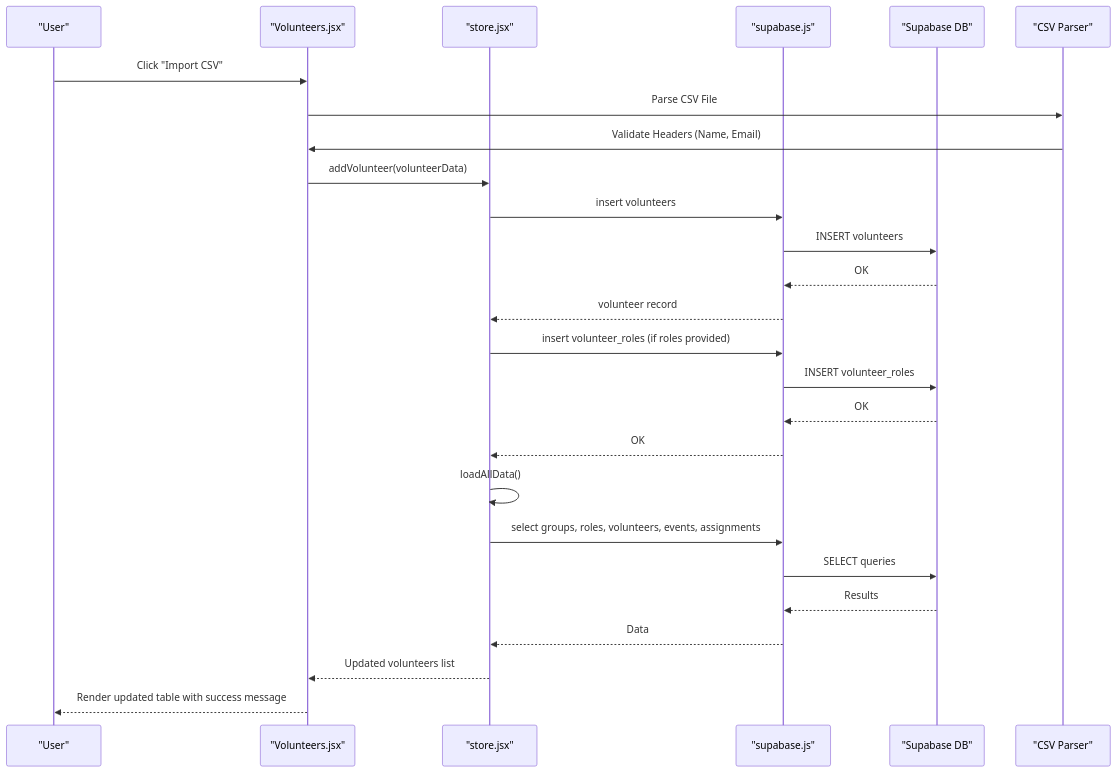
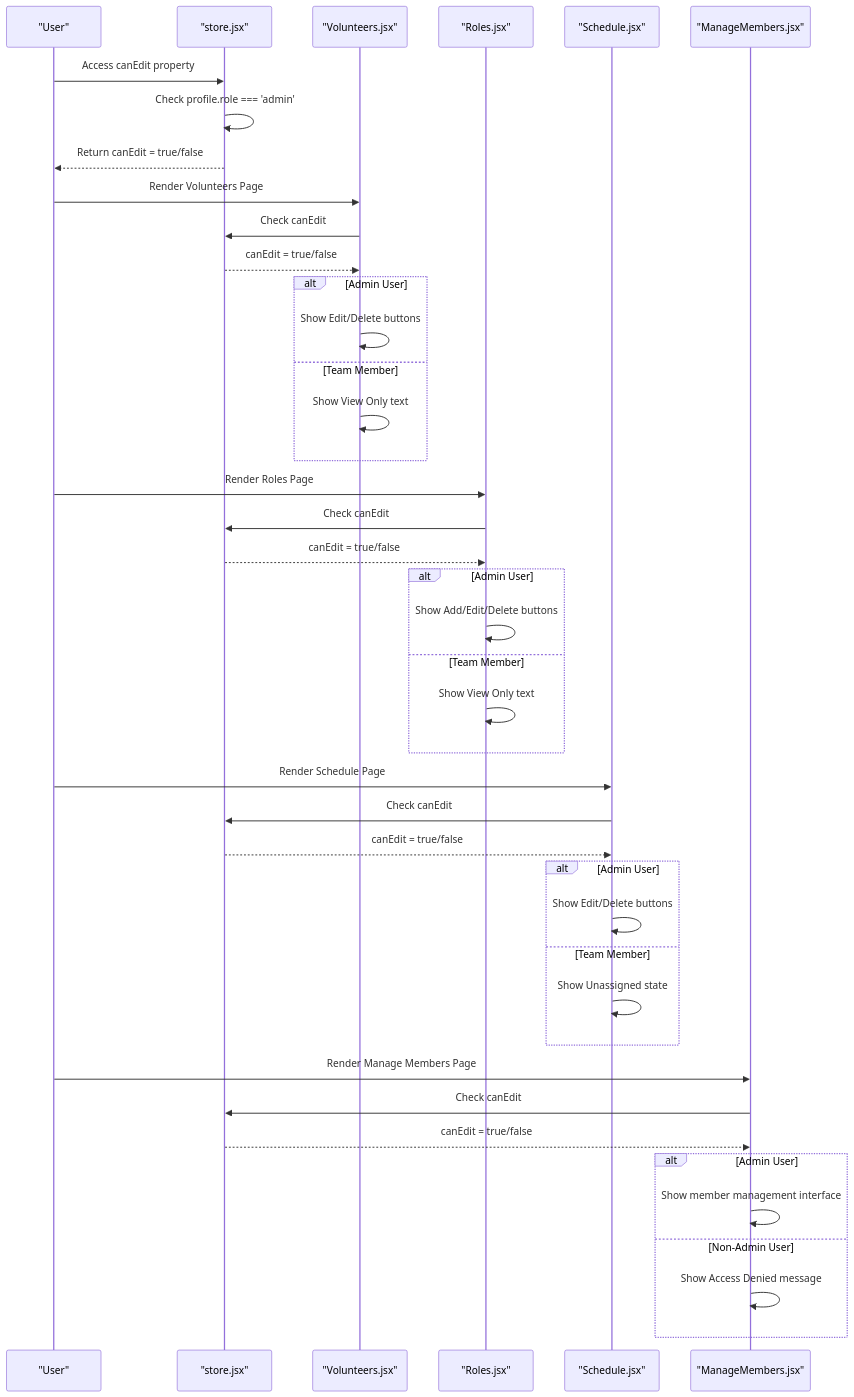
Before and after one commit to netdaniel/serveflow: the second of 7 diagrams in .qoder/repowiki/en/content/Volunteer Management System/Volunteer Management System.md, drawn with Mermaid. The commit also changed other lines of this file and 15 other files, not shown here.

````diff
--- a/.qoder/repowiki/en/content/Volunteer Management System/Volunteer Management System.md
+++ b/.qoder/repowiki/en/content/Volunteer Management System/Volunteer Management System.md
@@ -157,28 +165,44 @@
 ```mermaid
 sequenceDiagram
 participant User as "User"
+participant Store as "store.jsx"
 participant VolunteersPage as "Volunteers.jsx"
-participant Store as "store.jsx"
-participant Supabase as "supabase.js"
-participant DB as "Supabase DB"
-participant CSVParser as "CSV Parser"
-User->>VolunteersPage : Click "Import CSV"
-VolunteersPage->>CSVParser : Parse CSV File
-CSVParser->>VolunteersPage : Validate Headers (Name, Email)
-VolunteersPage->>Store : addVolunteer(volunteerData)
-Store->>Supabase : insert volunteers
-Supabase->>DB : INSERT volunteers
-DB-->>Supabase : OK
-Supabase-->>Store : volunteer record
-Store->>Supabase : insert volunteer_roles (if roles provided)
-Supabase->>DB : INSERT volunteer_roles
-DB-->>Supabase : OK
-Supabase-->>Store : OK
-Store->>Store : loadAllData()
-Store->>Supabase : select groups, roles, volunteers, events, assignments
-Supabase->>DB : SELECT queries
-DB-->>Supabase : Results
-Supabase-->>Store : Data
-Store-->>VolunteersPage : Updated volunteers list
-VolunteersPage-->>User : Render updated table with success message
+participant RolesPage as "Roles.jsx"
+participant SchedulePage as "Schedule.jsx"
+participant ManageMembersPage as "ManageMembers.jsx"
+User->>Store : Access canEdit property
+Store->>Store : Check profile.role === 'admin'
+Store-->>User : Return canEdit = true/false
+User->>VolunteersPage : Render Volunteers Page
+VolunteersPage->>Store : Check canEdit
+Store-->>VolunteersPage : canEdit = true/false
+alt Admin User
+VolunteersPage->>VolunteersPage : Show Edit/Delete buttons
+else Team Member
+VolunteersPage->>VolunteersPage : Show View Only text
+end
+User->>RolesPage : Render Roles Page
+RolesPage->>Store : Check canEdit
+Store-->>RolesPage : canEdit = true/false
+alt Admin User
+RolesPage->>RolesPage : Show Add/Edit/Delete buttons
+else Team Member
+RolesPage->>RolesPage : Show View Only text
+end
+User->>SchedulePage : Render Schedule Page
+SchedulePage->>Store : Check canEdit
+Store-->>SchedulePage : canEdit = true/false
+alt Admin User
+SchedulePage->>SchedulePage : Show Edit/Delete buttons
+else Team Member
+SchedulePage->>SchedulePage : Show Unassigned state
+end
+User->>ManageMembersPage : Render Manage Members Page
+ManageMembersPage->>Store : Check canEdit
+Store-->>ManageMembersPage : canEdit = true/false
+alt Admin User
+ManageMembersPage->>ManageMembersPage : Show member management interface
+else Non-Admin User
+ManageMembersPage->>ManageMembersPage : Show Access Denied message
+end
 ```
````
